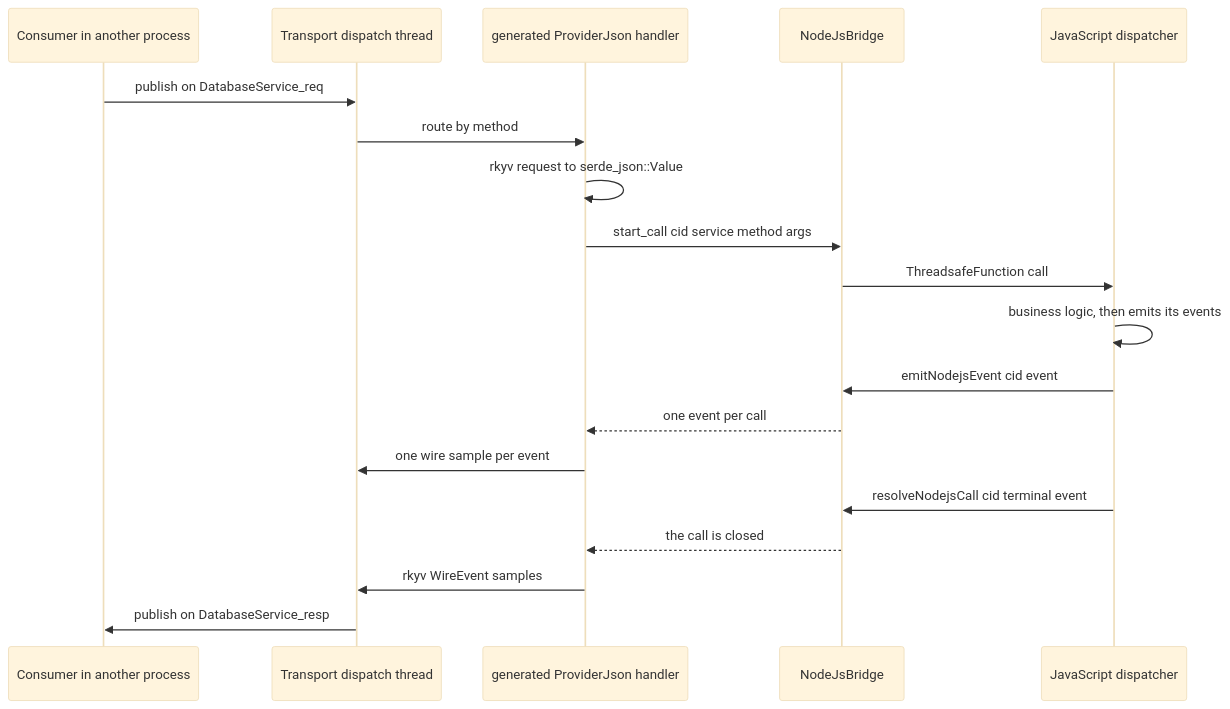
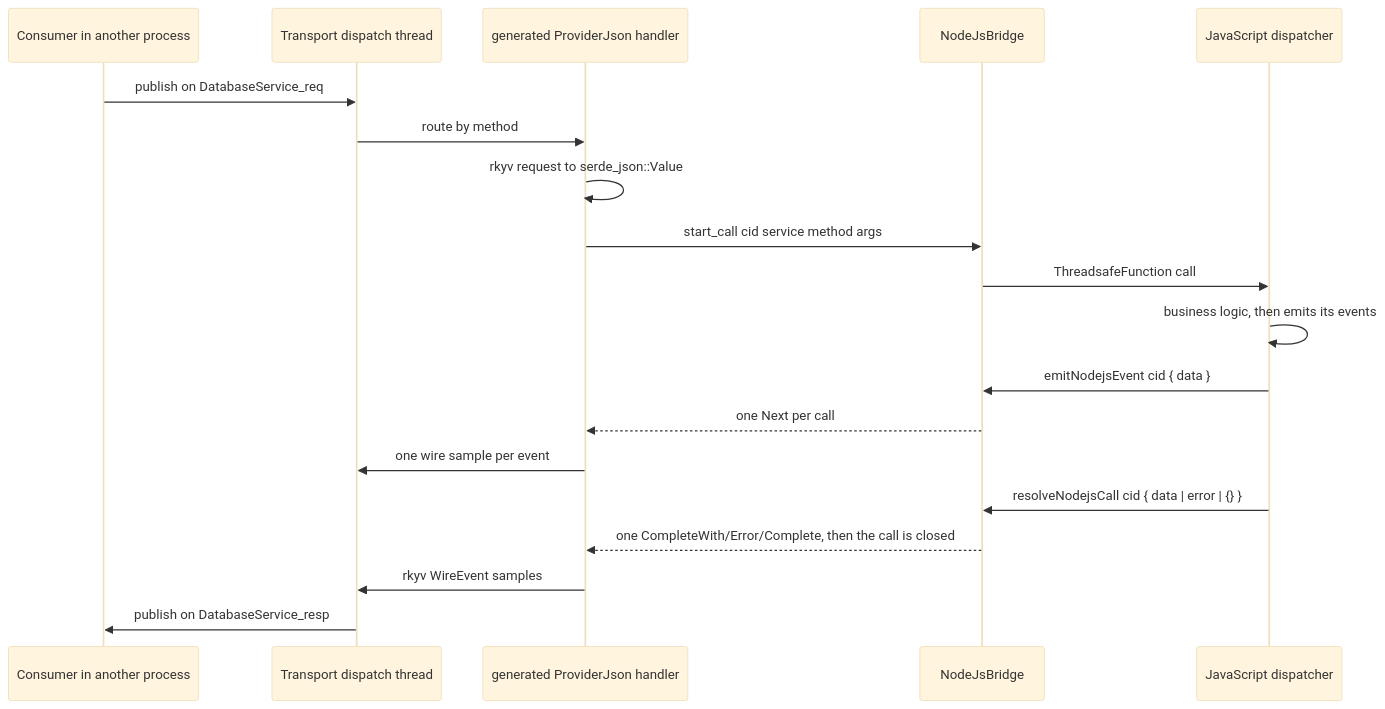
The fourth of 4 diagrams in Readme.md (max3163/ice-rpc), drawn with Mermaid (base theme) before and after one commit. The commit also changed other lines of this file and 23 other files, not shown here.

````diff
--- a/Readme.md
+++ b/Readme.md
@@ -896,21 +896,21 @@
 ```mermaid
 sequenceDiagram
     participant C as Consumer in another process
     participant T as Transport dispatch thread
     participant G as generated ProviderJson handler
     participant B as NodeJsBridge
     participant J as JavaScript dispatcher
     C->>T: publish on DatabaseService_req
     T->>G: route by method
     G->>G: rkyv request to serde_json::Value
     G->>B: start_call cid service method args
     B->>J: ThreadsafeFunction call
     J->>J: business logic, then emits its events
-    J->>B: emitNodejsEvent cid event
-    B-->>G: one event per call
+    J->>B: emitNodejsEvent cid { data }
+    B-->>G: one Next per call
     G->>T: one wire sample per event
-    J->>B: resolveNodejsCall cid terminal event
-    B-->>G: the call is closed
+    J->>B: resolveNodejsCall cid { data | error | {} }
+    B-->>G: one CompleteWith/Error/Complete, then the call is closed
     G->>T: rkyv WireEvent samples
     T->>C: publish on DatabaseService_resp
 ```
````
